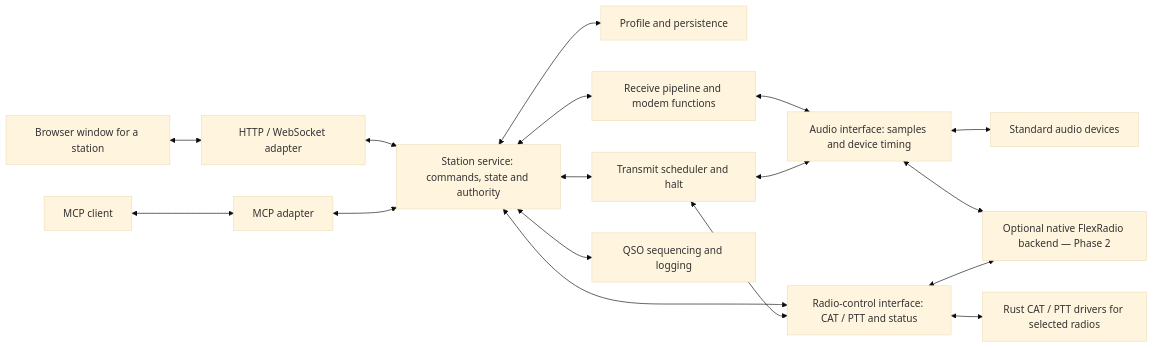
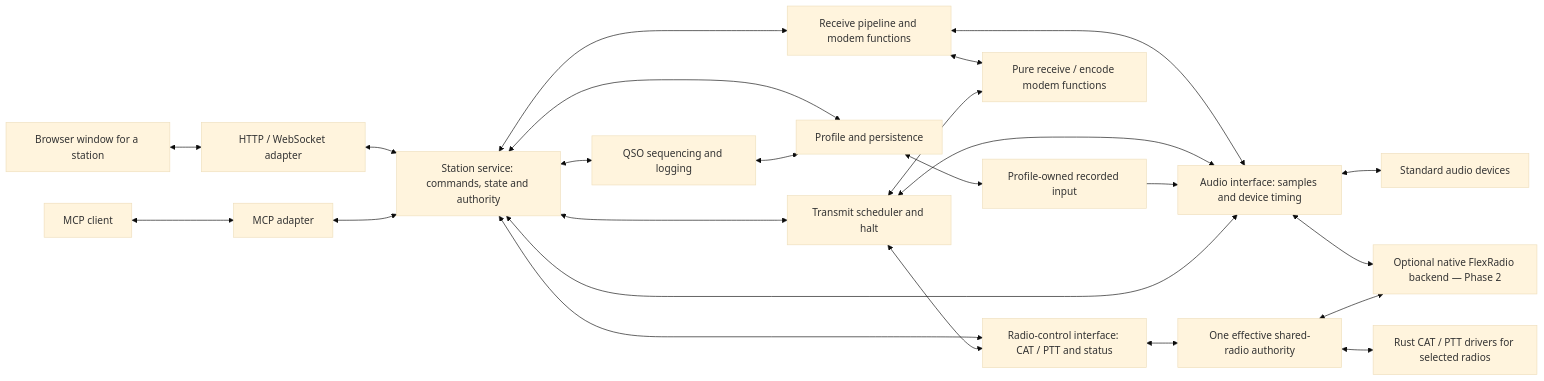
Before and after one commit to SensorsIot/wsjtx-rust: the second of 2 diagrams in docs/ARCHITECTURE.md, drawn with Mermaid (base theme). The commit also changed other lines of this file and 7 other files, not shown here.

First line of the commit message:
Connect physical station architecture to semantic decomposition (#14)

````diff
--- a/docs/ARCHITECTURE.md
+++ b/docs/ARCHITECTURE.md
@@ -21,33 +48,43 @@
 ```mermaid
 flowchart LR
     Browser["Browser window for a station"]
     MCP["MCP client"]
     Web["HTTP / WebSocket adapter"]
     MA["MCP adapter"]
     Station["Station service: commands, state and authority"]
     Profile["Profile and persistence"]
     RX["Receive pipeline and modem functions"]
     TX["Transmit scheduler and halt"]
     QSO["QSO sequencing and logging"]
     Audio["Audio interface: samples and device timing"]
     Control["Radio-control interface: CAT / PTT and status"]
     Devices["Standard audio devices"]
     CAT["Rust CAT / PTT drivers for selected radios"]
+    Authority["One effective shared-radio authority"]
+    Modes["Pure receive / encode modem functions"]
+    Recording["Profile-owned recorded input"]
     Flex["Optional native FlexRadio backend — Phase 2"]
     Browser <--> Web
     MCP <--> MA
     Web <--> Station
     MA <--> Station
     Station <--> Profile
     Station <--> RX
     Station <--> TX
     Station <--> QSO
     Station <--> Control
     RX <--> Audio
     TX <--> Audio
     TX <--> Control
     Audio <--> Devices
-    Control <--> CAT
+    Control <--> Authority
+    Authority <--> CAT
     Audio <--> Flex
-    Control <--> Flex
+    Authority <--> Flex
+    RX <--> Modes
+    TX <--> Modes
+    Profile <--> Recording
+    Recording --> Audio
+    QSO <--> Profile
+    Station <--> Audio
 ```
````
